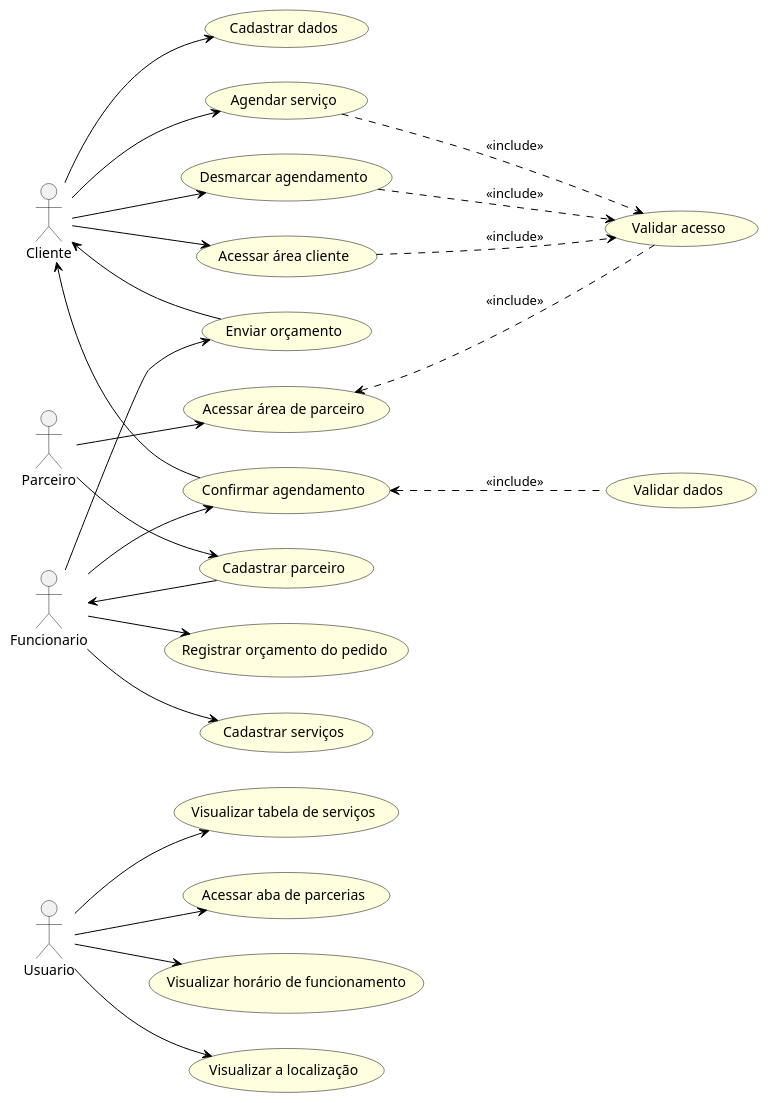
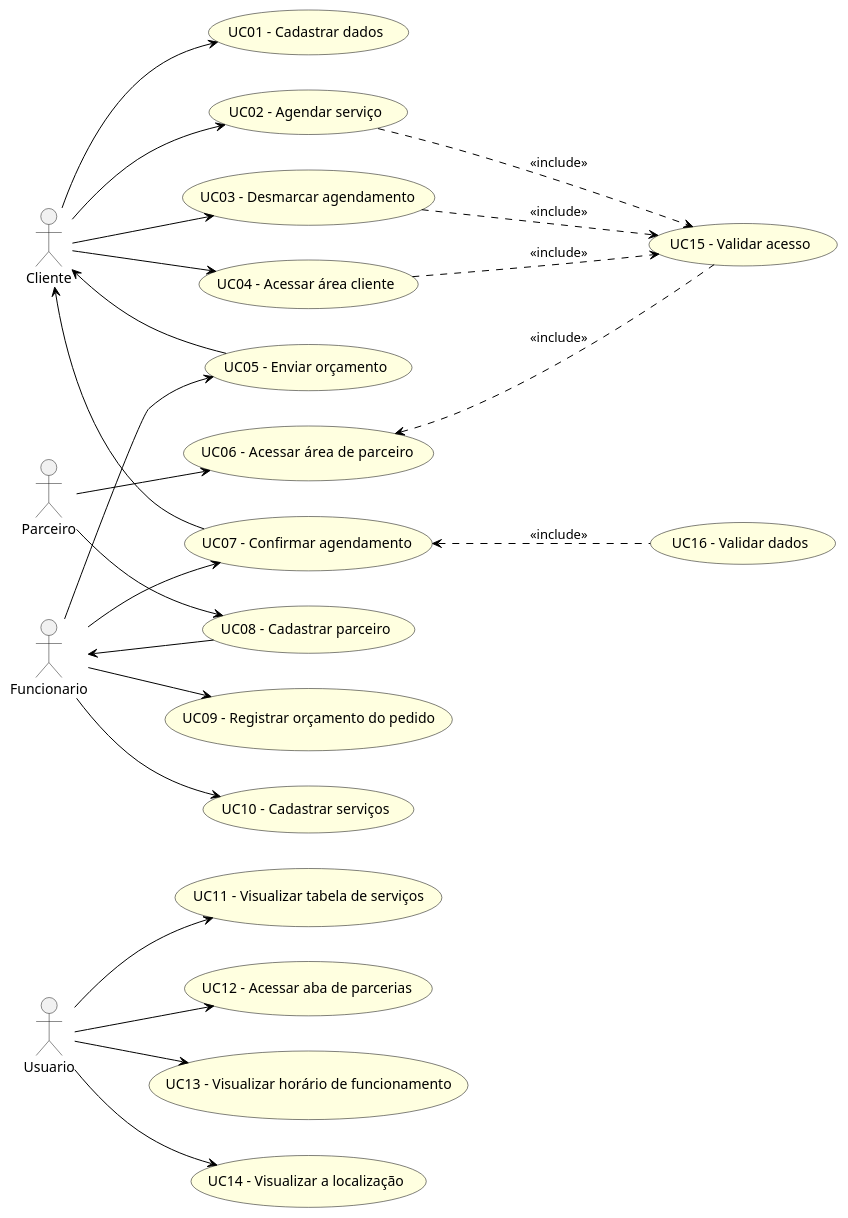
Before and after one commit to Lvion/Avalia-o-Qualidade-de-Projetos: the diagram in Diagramas/diagrama_casos_de_uso.puml, drawn with PlantUML. The commit also changed 2 other files, not shown here.

```diff
--- a/Diagramas/diagrama_casos_de_uso.puml
+++ b/Diagramas/diagrama_casos_de_uso.puml
@@ -1,42 +1,42 @@
 @startuml
 left to right direction
 skinparam packageStyle rect
 skinparam usecase {
   BackgroundColor LightYellow
   BorderColor Black
   ArrowColor Black
 }
 
 actor Usuario
 actor Cliente
 actor Parceiro
 actor Funcionario
 
-Usuario --> (Visualizar tabela de serviços)
-Usuario --> (Acessar aba de parcerias)
-Usuario --> (Visualizar horário de funcionamento)
-Usuario --> (Visualizar a localização)
+Usuario --> (UC11 - Visualizar tabela de serviços)
+Usuario --> (UC12 - Acessar aba de parcerias)
+Usuario --> (UC13 - Visualizar horário de funcionamento)
+Usuario --> (UC14 - Visualizar a localização)
 
-Parceiro --> (Cadastrar parceiro)
-Funcionario <-- (Cadastrar parceiro)
-Parceiro --> (Acessar área de parceiro)
+Parceiro --> (UC08 - Cadastrar parceiro)
+Funcionario <-- (UC08 - Cadastrar parceiro)
+Parceiro --> (UC06 -  Acessar área de parceiro)
 
-Cliente --> (Cadastrar dados)
-Cliente --> (Agendar serviço)
-Cliente --> (Desmarcar agendamento)
-Cliente --> (Acessar área cliente)
-Cliente <-- (Enviar orçamento)
-Cliente <-- (Confirmar agendamento)
+Cliente --> (UC01 - Cadastrar dados)
+Cliente --> (UC02 - Agendar serviço)
+Cliente --> (UC03 - Desmarcar agendamento)
+Cliente --> (UC04 - Acessar área cliente)
+Cliente <-- (UC05 - Enviar orçamento)
+Cliente <-- (UC07 - Confirmar agendamento)
 
-Funcionario --> (Registrar orçamento do pedido)
-Funcionario --> (Cadastrar serviços)
-Funcionario --> (Enviar orçamento)
-Funcionario --> (Confirmar agendamento)
+Funcionario --> (UC09 - Registrar orçamento do pedido)
+Funcionario --> (UC10 - Cadastrar serviços)
+Funcionario --> (UC05 - Enviar orçamento)
+Funcionario --> (UC07 - Confirmar agendamento)
 
-(Acessar área cliente) -.-> (Validar acesso) : <<include>>
-(Acessar área de parceiro) <-.- (Validar acesso) : <<include>>
-(Agendar serviço) -.-> (Validar acesso) : <<include>>
-(Desmarcar agendamento) -.-> (Validar acesso) : <<include>>
-(Confirmar agendamento) <-.- (Validar dados) : <<include>>
+(UC04 - Acessar área cliente) -.-> (UC15 - Validar acesso) : <<include>>
+(UC06 -  Acessar área de parceiro) <-.- (UC15 - Validar acesso) : <<include>>
+(UC02 - Agendar serviço) -.-> (UC15 - Validar acesso) : <<include>>
+(UC03 - Desmarcar agendamento) -.-> (UC15 - Validar acesso) : <<include>>
+(UC07 - Confirmar agendamento) <-.- (UC16 - Validar dados) : <<include>>
 
 @enduml
```
